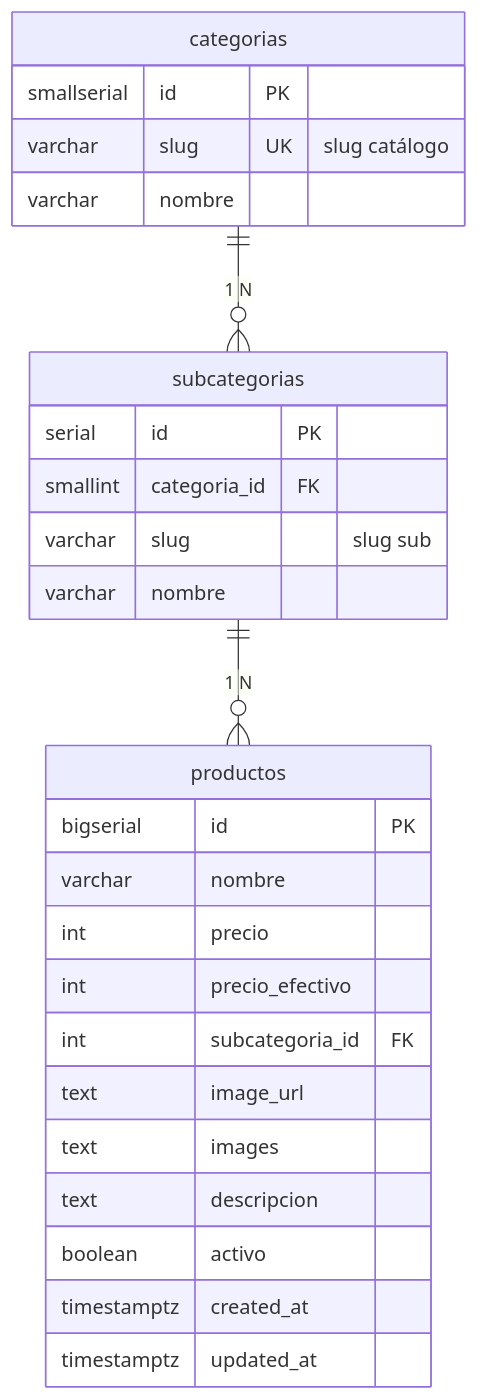
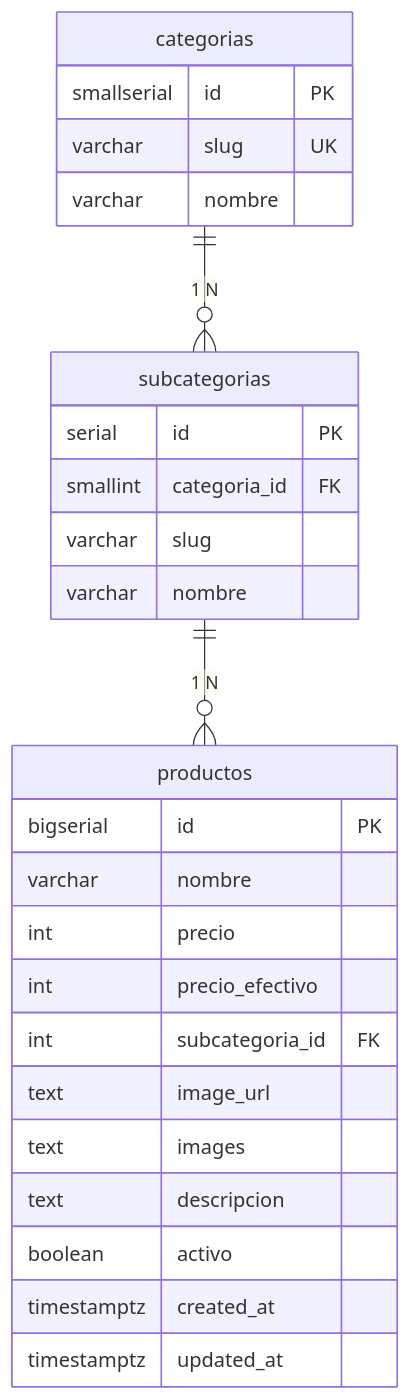
One commit to UTN-BDA-2026/Repositorio-Grupo-2 changed the diagram in README.md. Above: the diagram before and after it, drawn with Mermaid. The commit also changed other lines of this file and 7 other files, not shown here.

````diff
--- a/README.md
+++ b/README.md
@@ -123,32 +157,32 @@
 ```mermaid
 erDiagram
     categorias ||--o{ subcategorias : "1 N"
     subcategorias ||--o{ productos : "1 N"
 
     categorias {
         smallserial id PK
-        varchar slug UK "slug catálogo"
+        varchar slug UK
         varchar nombre
     }
 
     subcategorias {
         serial id PK
         smallint categoria_id FK
-        varchar slug "slug sub"
+        varchar slug
         varchar nombre
     }
 
     productos {
         bigserial id PK
         varchar nombre
         int precio
         int precio_efectivo
         int subcategoria_id FK
         text image_url
         text images
         text descripcion
         boolean activo
         timestamptz created_at
         timestamptz updated_at
     }
 ```
````
